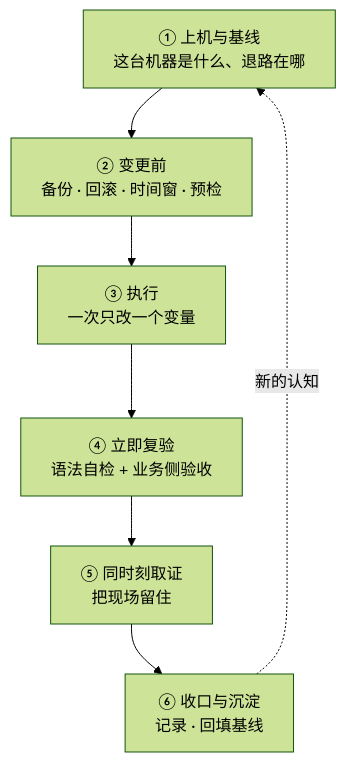
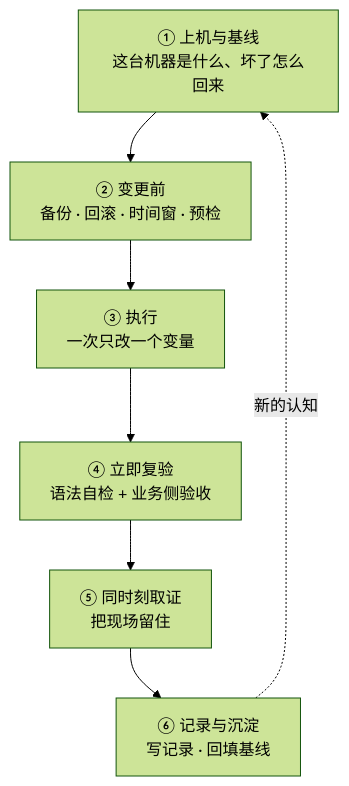
The diagram in Linux/01_实验环境与操作纪律/00_导读与知识地图.md (realtyz/ops-manual), drawn with Mermaid (forest theme) before and after one commit. The commit also changed other lines of this file and 118 other files, not shown here.

````diff
--- a/Linux/01_实验环境与操作纪律/00_导读与知识地图.md
+++ b/Linux/01_实验环境与操作纪律/00_导读与知识地图.md
@@ -18,9 +18,9 @@
 ```mermaid
 flowchart
-  A["① 上机与基线<br/>这台机器是什么、退路在哪"] --> B["② 变更前<br/>备份 · 回滚 · 时间窗 · 预检"]
+  A["① 上机与基线<br/>这台机器是什么、坏了怎么回来"] --> B["② 变更前<br/>备份 · 回滚 · 时间窗 · 预检"]
   B --> C["③ 执行<br/>一次只改一个变量"]
   C --> D["④ 立即复验<br/>语法自检 + 业务侧验收"]
   D --> E["⑤ 同时刻取证<br/>把现场留住"]
-  E --> F["⑥ 收口与沉淀<br/>记录 · 回填基线"]
+  E --> F["⑥ 记录与沉淀<br/>写记录 · 回填基线"]
   F -.->|新的认知| A
 ```
````
